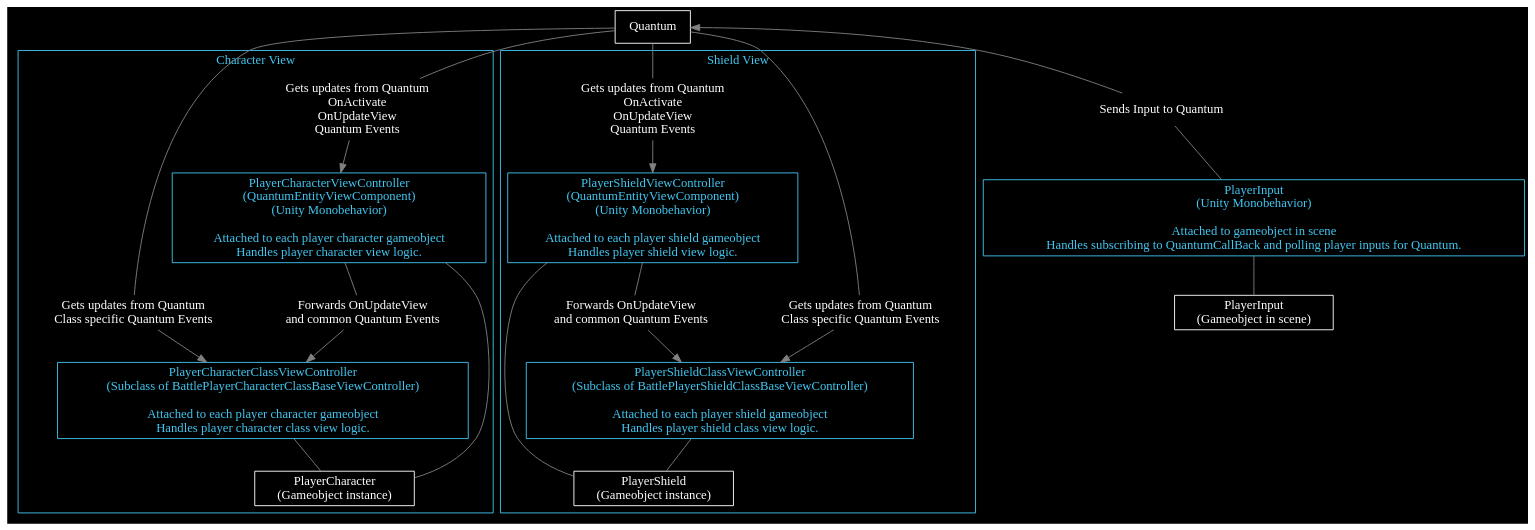
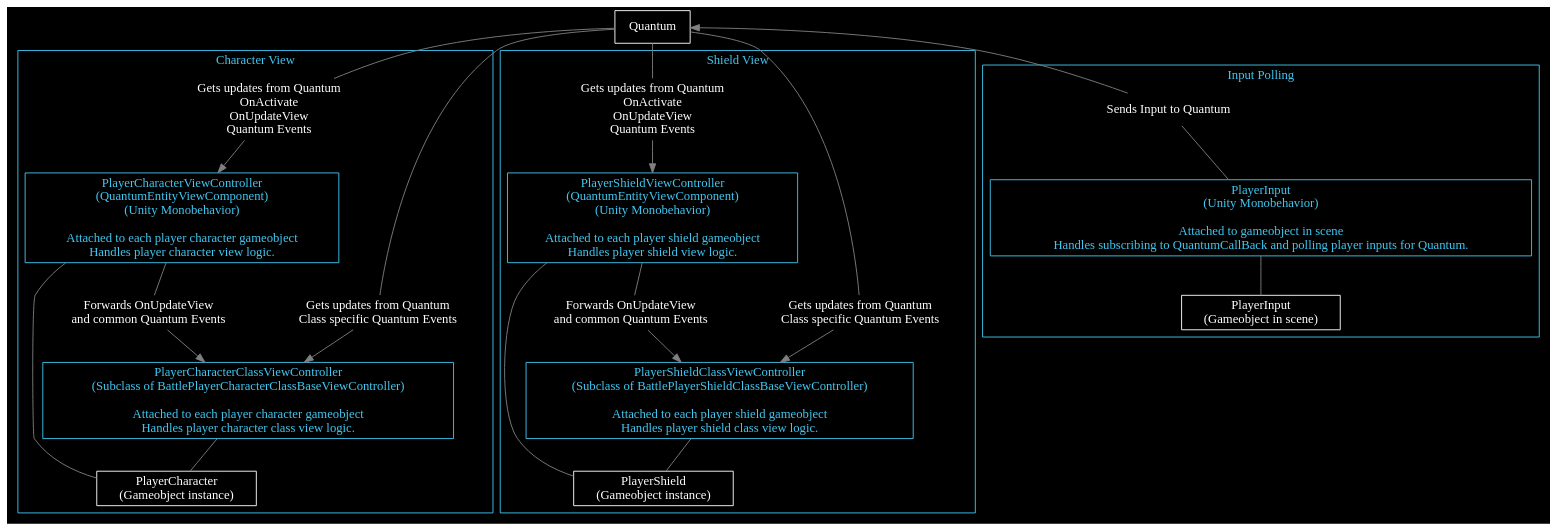
One commit to Alt-Org/Altzone changed the ninth of 9 diagrams in Doc/Doxygen/Battle/additional-documentation/pages/1-concepts-player-.md. Above: the diagram before and after it, drawn with Graphviz. The commit also changed other lines of this file and 4 other files, not shown here.

```diff
--- a/Doc/Doxygen/Battle/additional-documentation/pages/1-concepts-player-.md
+++ b/Doc/Doxygen/Battle/additional-documentation/pages/1-concepts-player-.md
@@ -567,15 +647,6 @@
   edge [color=gray];
 
   Quantum                            [label="Quantum"];
-  PlayerInputGameobject              [label="PlayerInput\n(Gameobject in scene)"];
-
-  node [color="#41C7F1", fontcolor="#41C7F1"];
-
-  PlayerInput     [label="PlayerInput\n\(Unity Monobehavior)\n\nAttached to gameobject in scene\nHandles subscribing to QuantumCallBack and polling player inputs for Quantum."];
-
-  node [color=transparent, fontcolor=white];
-
-  InputLink       [label="Sends Input to Quantum"];
 
   subgraph cluster_character {
     color="#41C7F1";
@@ -629,12 +700,31 @@
     PlayerShieldViewController, PlayerShieldClassViewController -> PlayerShieldGameobject [dir=none];
   }
 
+  subgraph cluster_input {
+    color="#41C7F1";
+    fontcolor="#41C7F1";
+    label = "Input Polling";
+
+    node [shape=box, style=filled, color=white, fontcolor=white, fillcolor=black];
+
+    PlayerInputGameobject              [label="PlayerInput\n(Gameobject in scene)"];
+
+    node [color="#41C7F1", fontcolor="#41C7F1"];
+
+    PlayerInput     [label="PlayerInput\n\(Unity Monobehavior)\n\nAttached to gameobject in scene\nHandles subscribing to QuantumCallBack and polling player inputs for Quantum."];
+
+    node [color=transparent, fontcolor=white];
+
+    InputLink       [label="Sends Input to Quantum"];
+
+    InputLink -> PlayerInput [dir=none];
+    PlayerInput -> PlayerInputGameobject [dir=none];
+  }
+
   Quantum -> InputLink [dir=back];
 
   edge [dir=none];
 
-  InputLink -> PlayerInput;
-  PlayerInput -> PlayerInputGameobject;
   Quantum -> UpdateCharacterLink, UpdateShieldLink;
   Quantum -> ClassCharacterQuantumLink, ClassShieldQuantumLink;
 }
```
